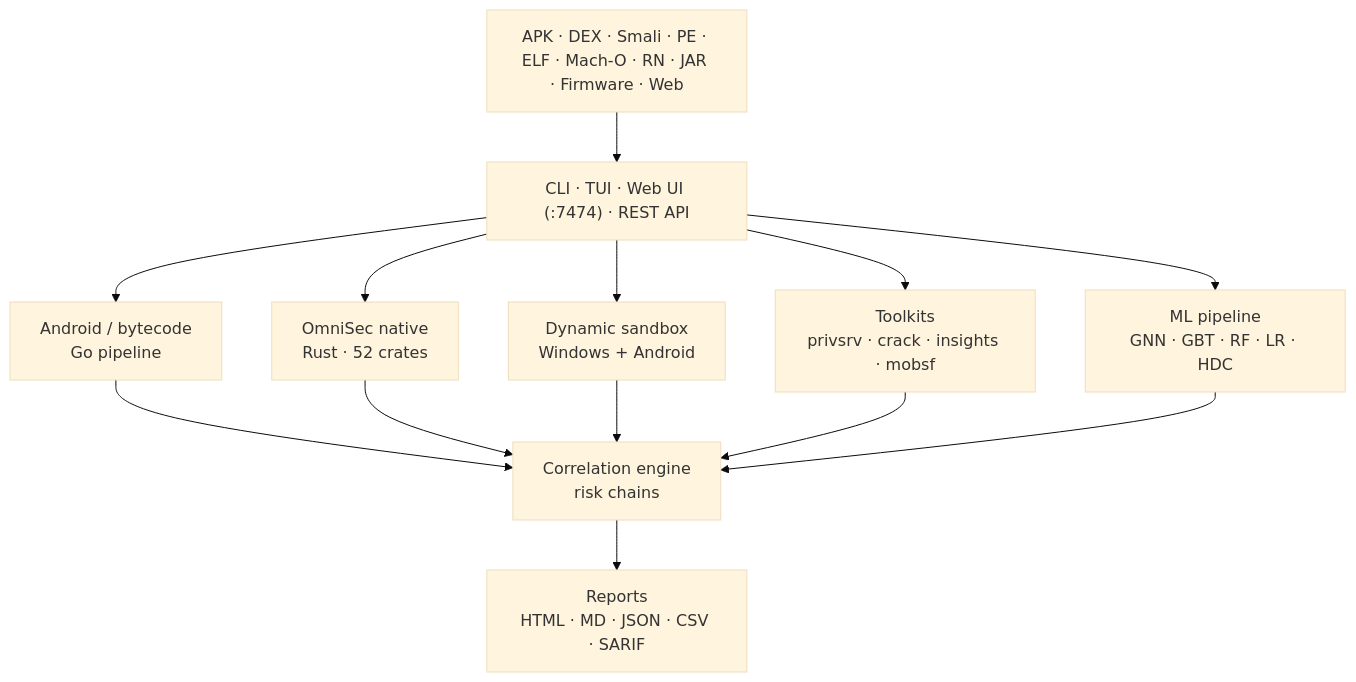
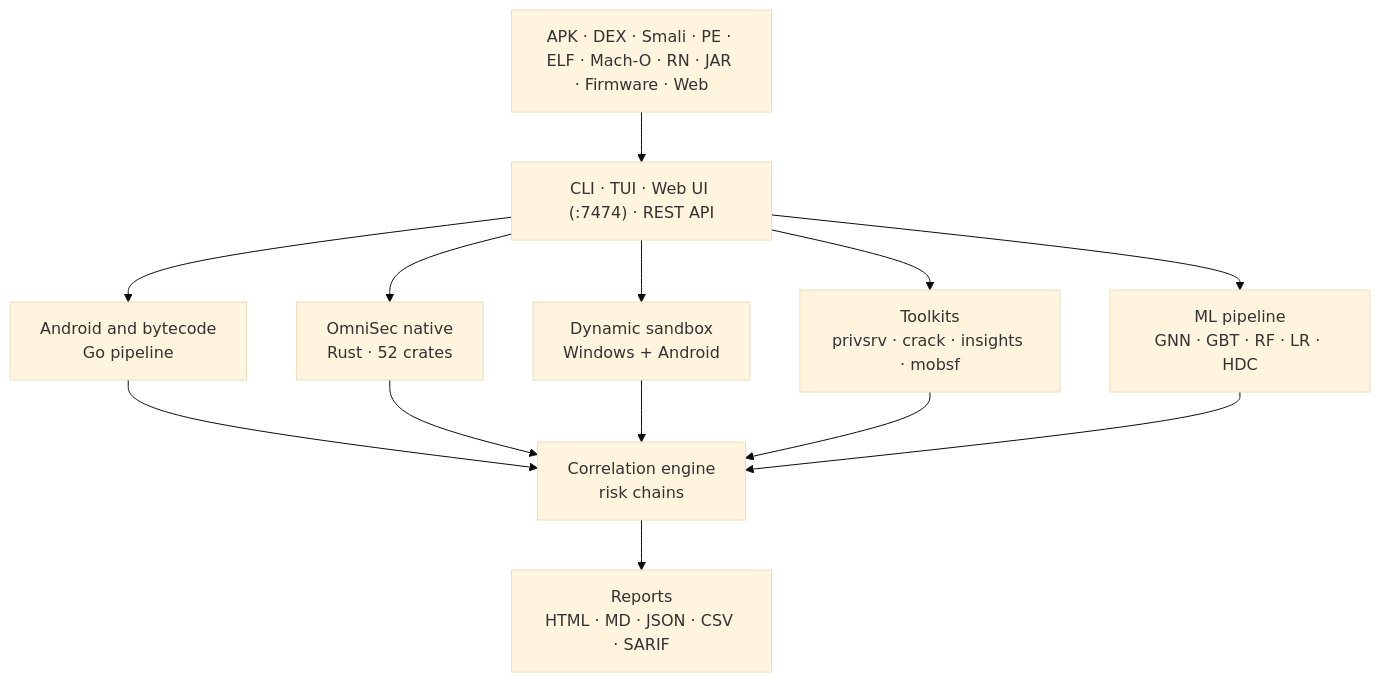
The diagram in README.md (Promastergame/mega-analyzer), drawn with Mermaid (base theme) before and after one commit. The commit also changed other lines of this file and 1 other file, not shown here.

````diff
--- a/README.md
+++ b/README.md
@@ -313,20 +398,20 @@
 ```mermaid
 flowchart TD
     IN["APK · DEX · Smali · PE · ELF · Mach-O · RN · JAR · Firmware · Web"]
     UI["CLI · TUI · Web UI (:7474) · REST API"]
     IN --> UI
 
-    UI --> A["Android / bytecode<br/>Go pipeline"]
+    UI --> A["Android and bytecode<br/>Go pipeline"]
     UI --> B["OmniSec native<br/>Rust · 52 crates"]
     UI --> C["Dynamic sandbox<br/>Windows + Android"]
     UI --> D["Toolkits<br/>privsrv · crack · insights · mobsf"]
     UI --> E["ML pipeline<br/>GNN · GBT · RF · LR · HDC"]
 
     A --> COR["Correlation engine<br/>risk chains"]
     B --> COR
     C --> COR
     D --> COR
     E --> COR
 
     COR --> OUT["Reports<br/>HTML · MD · JSON · CSV · SARIF"]
 ```
````
